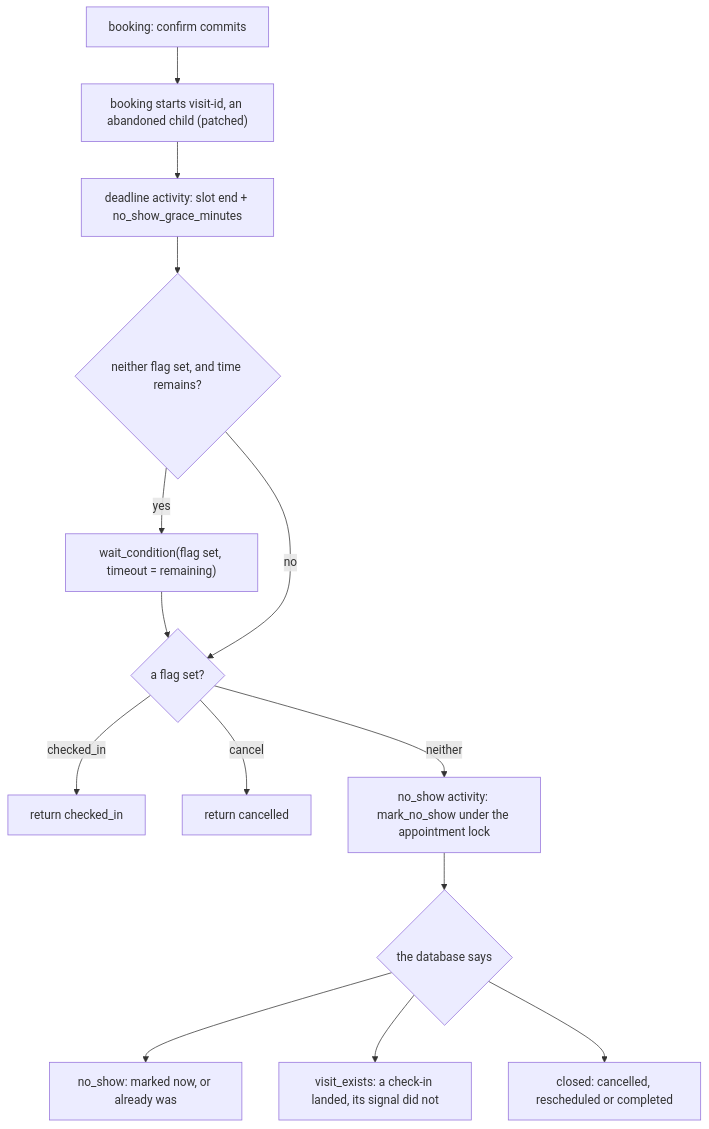
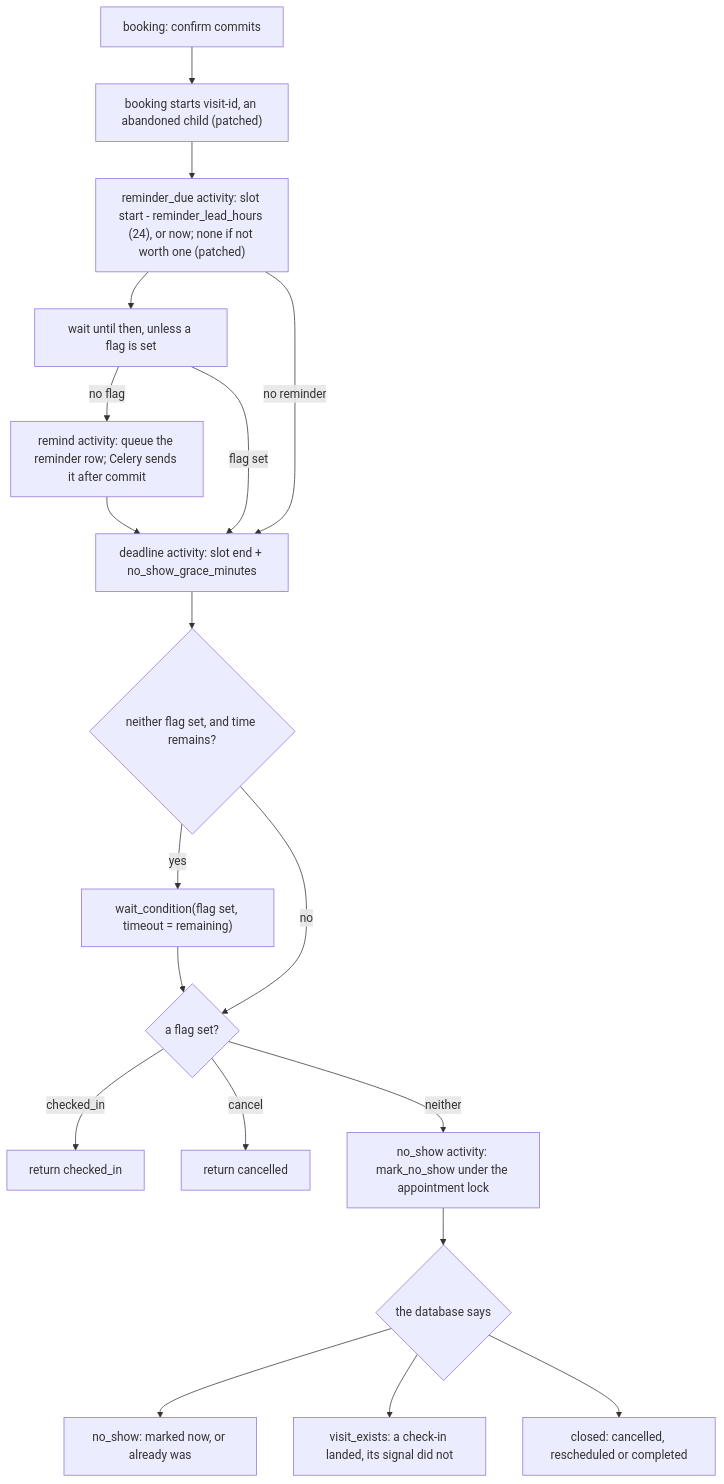
One commit to sadainiqrar/smarthealth changed diagram 12 of 15 in docs/ARCHITECTURE.md. Above: the diagram before and after it, drawn with Mermaid. The commit also changed other lines of this file and 3 other files, not shown here.

````diff
--- a/docs/ARCHITECTURE.md
+++ b/docs/ARCHITECTURE.md
@@ -1323,26 +1558,33 @@
 ```mermaid
 flowchart TD
     confirm["booking: confirm commits"]
     start["booking starts visit-id, an abandoned child (patched)"]
+    due["reminder_due activity: slot start - reminder_lead_hours (24), or now; none if not worth one (patched)"]
+    rwait["wait until then, unless a flag is set"]
+    remind["remind activity: queue the reminder row; Celery sends it after commit"]
     deadline["deadline activity: slot end + no_show_grace_minutes"]
     waitq{"neither flag set, and time remains?"}
     wait["wait_condition(flag set, timeout = remaining)"]
     flags{"a flag set?"}
     ci["return checked_in"]
     cx["return cancelled"]
     ns["no_show activity: mark_no_show under the appointment lock"]
     outcome{"the database says"}
     r1["no_show: marked now, or already was"]
     r2["visit_exists: a check-in landed, its signal did not"]
     r3["closed: cancelled, rescheduled or completed"]
 
-    confirm --> start --> deadline --> waitq
+    confirm --> start --> due --> rwait
+    rwait -->|no flag| remind --> deadline
+    rwait -->|flag set| deadline
+    due -->|no reminder| deadline
+    deadline --> waitq
     waitq -->|yes| wait --> flags
     waitq -->|no| flags
     flags -->|checked_in| ci
     flags -->|cancel| cx
     flags -->|neither| ns --> outcome
     outcome --> r1
     outcome --> r2
     outcome --> r3
 ```
````
